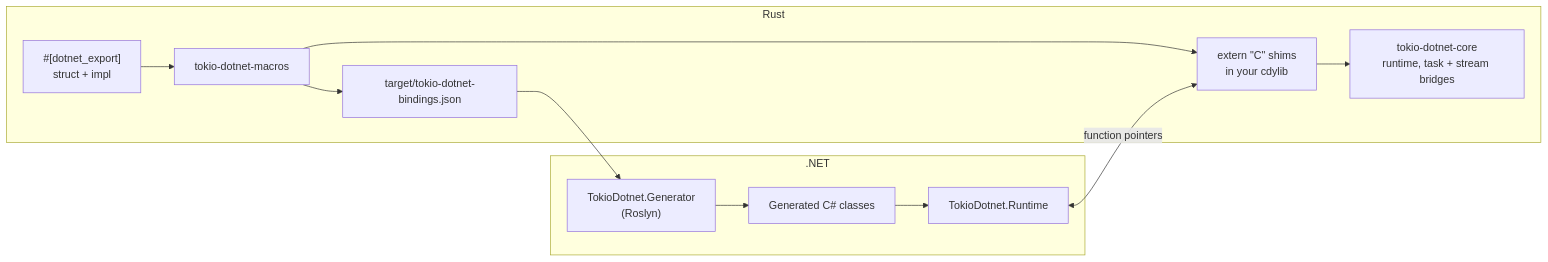
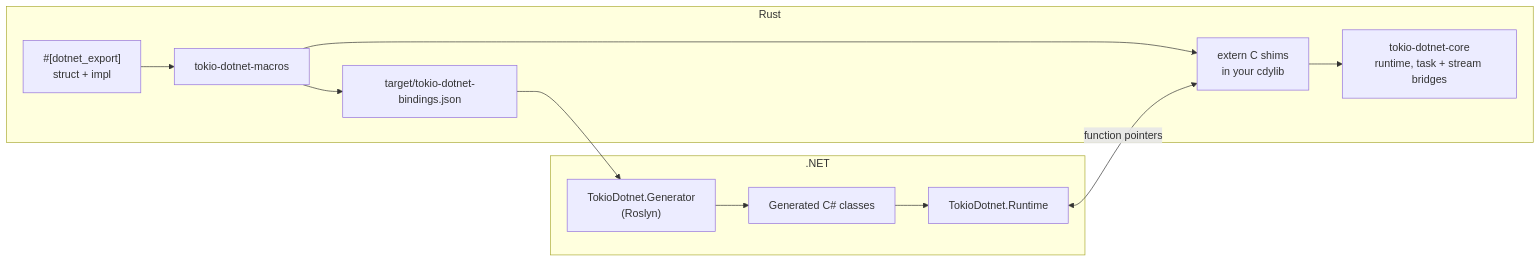
Before and after one commit to redd34/taskferry: the first of 3 diagrams in README.md, drawn with Mermaid.

Commit message:
Fix diagram label

````diff
--- a/README.md
+++ b/README.md
@@ -50,15 +50,15 @@
 ```mermaid
 flowchart LR
     subgraph Rust
         A["#[dotnet_export]<br/>struct + impl"] --> B["tokio-dotnet-macros"]
-        B --> C["extern &quot;C&quot; shims<br/>in your cdylib"]
+        B --> C["extern C shims<br/>in your cdylib"]
         B --> D["target/tokio-dotnet-bindings.json"]
         C --> E["tokio-dotnet-core<br/>runtime, task + stream bridges"]
     end
     subgraph .NET
         D --> F["TokioDotnet.Generator<br/>(Roslyn)"]
         F --> G["Generated C# classes"]
         G --> H["TokioDotnet.Runtime"]
     end
     H <-- "function pointers" --> C
 ```
````
